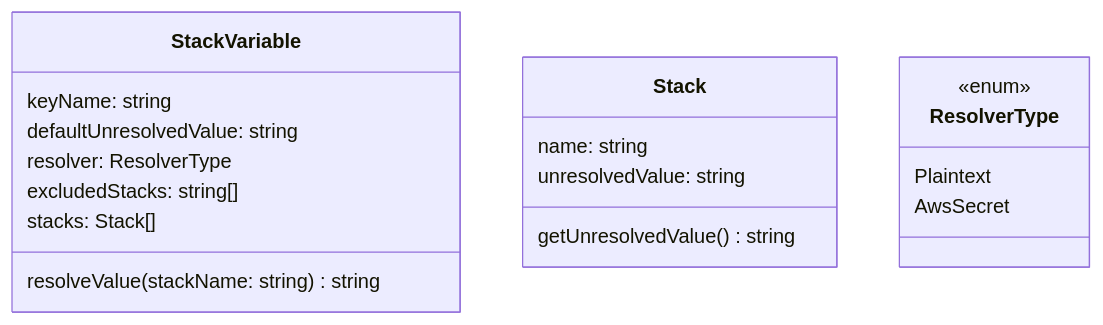
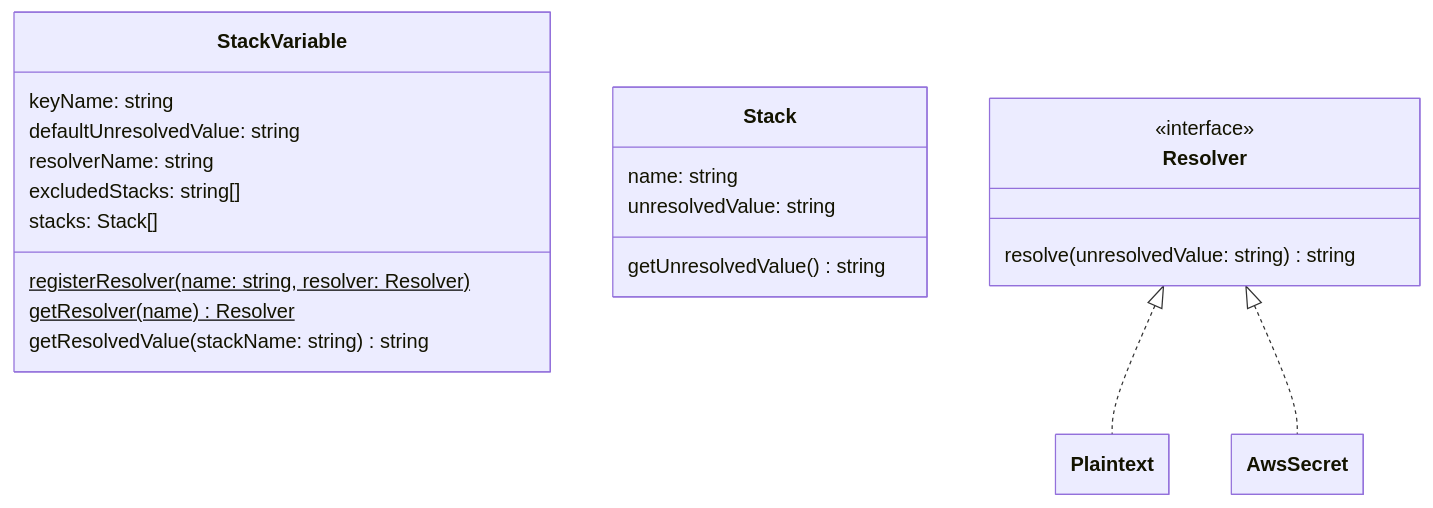
One commit to NBS-LLC/envgen changed the diagram in ARCHITECTURE.md. Above: the diagram before and after it, drawn with Mermaid. The commit also changed other lines of this file, not shown here.

Commit message:
introduced the resolver interface

````diff
--- a/ARCHITECTURE.md
+++ b/ARCHITECTURE.md
@@ -19,25 +19,37 @@
 ```mermaid
+---
+  config:
+    class:
+      hideEmptyMembersBox: true
+---
 classDiagram
     class StackVariable {
         keyName: string
         defaultUnresolvedValue: string
-        resolver: ResolverType
+        resolverName: string
         excludedStacks: string[]
         stacks: Stack[]
 
-        resolveValue(stackName: string) string
+        registerResolver(name: string, resolver: Resolver)$
+        getResolver(name) Resolver$
+        getResolvedValue(stackName: string) string
     }
 
     class Stack {
         name: string
         unresolvedValue: string
 
         getUnresolvedValue() string
     }
 
-    class ResolverType {
-        <<enum>>
-        Plaintext
-        AwsSecret
-    }
+  class Resolver {
+    <<interface>>
+    resolve(unresolvedValue: string) string
+  }
+
+  class Plaintext
+  class AwsSecret
+
+  Resolver <|.. Plaintext
+  Resolver <|.. AwsSecret
 ```
````
